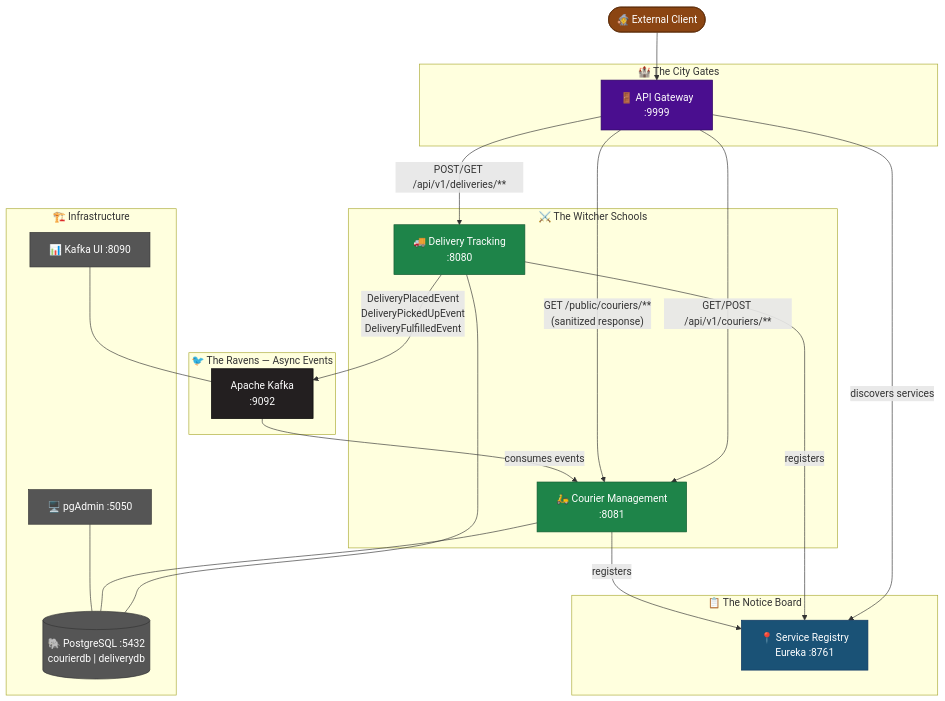
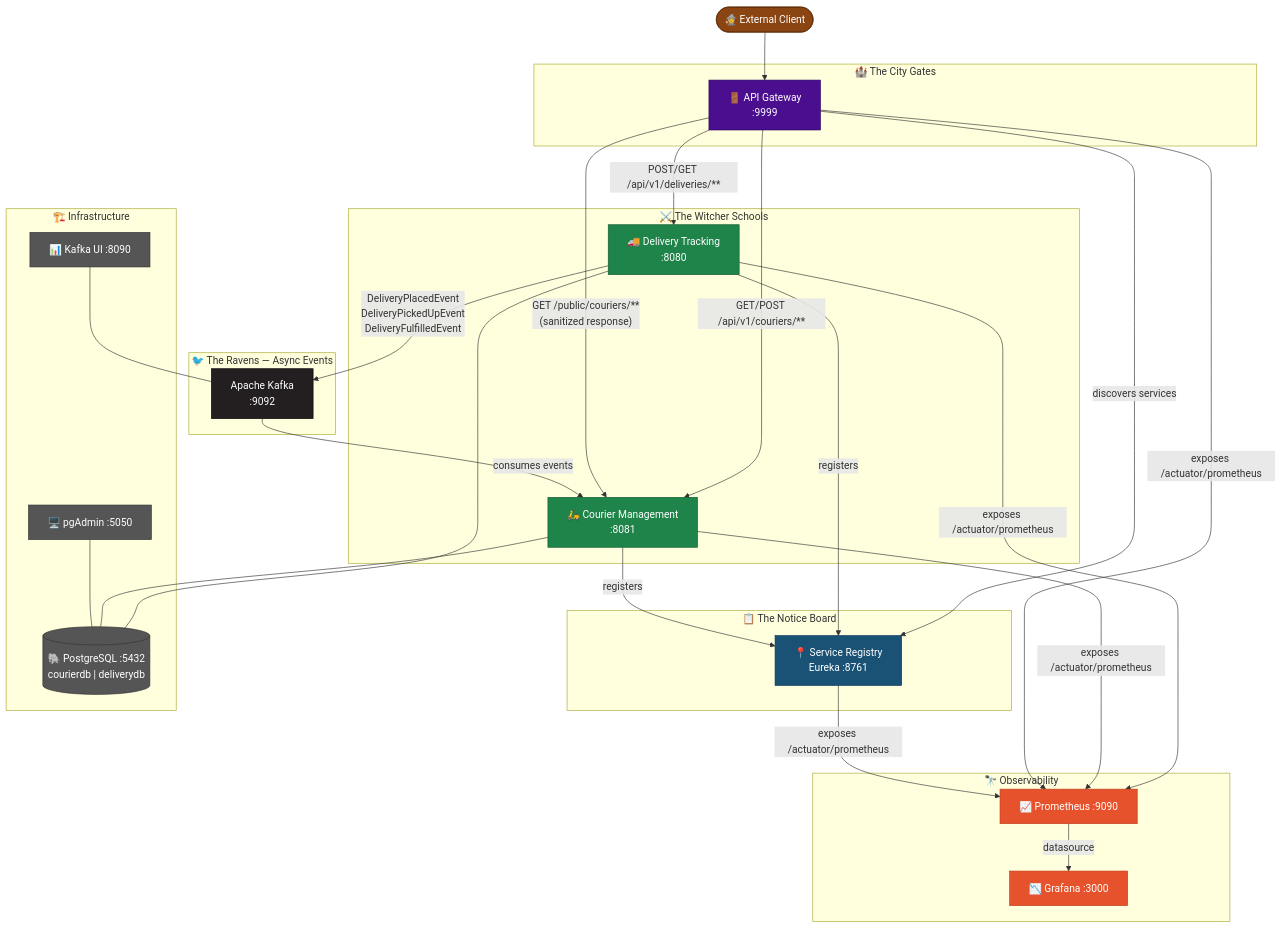
The diagram in README.md (weritonpetreca/petrecadelivery), drawn with Mermaid before and after one commit. The commit also changed other lines of this file and 14 other files, not shown here.

Commit message:
feat(obsv): Add Prometheus and Grafana observability stack (#3)

````diff
--- a/README.md
+++ b/README.md
@@ -36,51 +38,63 @@
 ```mermaid
 graph TD
     Client(["🧙 External Client"]):::client --> GW
 
     subgraph "🏰 The City Gates"
         GW["🚪 API Gateway\n:9999"]:::gateway
     end
 
     subgraph "📋 The Notice Board"
         SR["📍 Service Registry\nEureka :8761"]:::registry
     end
 
     GW -- "discovers services" --> SR
 
     subgraph "⚔️ The Witcher Schools"
         DT["🚚 Delivery Tracking\n:8080"]:::service
         CM["🛵 Courier Management\n:8081"]:::service
     end
 
     DT -- "registers" --> SR
     CM -- "registers" --> SR
 
     GW -- "POST/GET /api/v1/deliveries/**" --> DT
     GW -- "GET/POST /api/v1/couriers/**" --> CM
     GW -- "GET /public/couriers/**\n(sanitized response)" --> CM
 
     subgraph "🐦 The Ravens — Async Events"
         K["Apache Kafka\n:9092"]:::kafka
     end
 
     DT -- "DeliveryPlacedEvent\nDeliveryPickedUpEvent\nDeliveryFulfilledEvent" --> K
     K -- "consumes events" --> CM
 
     subgraph "🏗️ Infrastructure"
         PG[("🐘 PostgreSQL :5432\ncourierdb | deliverydb")]:::infra
         PGA["🖥️ pgAdmin :5050"]:::infra
         KUI["📊 Kafka UI :8090"]:::infra
     end
 
+    subgraph "🔭 Observability"
+        PROM["📈 Prometheus :9090"]:::observability
+        GRAF["📉 Grafana :3000"]:::observability
+    end
+
     DT --- PG
     CM --- PG
     PGA --- PG
     KUI --- K
+
+    DT -- "exposes /actuator/prometheus" --> PROM
+    CM -- "exposes /actuator/prometheus" --> PROM
+    GW -- "exposes /actuator/prometheus" --> PROM
+    SR -- "exposes /actuator/prometheus" --> PROM
+    PROM -- "datasource" --> GRAF
 
     classDef client fill:#8B4513,color:#fff,stroke:#5C2D0A
     classDef gateway fill:#4A0E8F,color:#fff,stroke:#2D0860
     classDef registry fill:#1A5276,color:#fff,stroke:#0E3460
     classDef service fill:#1E8449,color:#fff,stroke:#145A32
     classDef kafka fill:#231F20,color:#fff,stroke:#000
     classDef infra fill:#555,color:#fff,stroke:#333
+    classDef observability fill:#E6522C,color:#fff,stroke:#C13C1A
 ```
````
